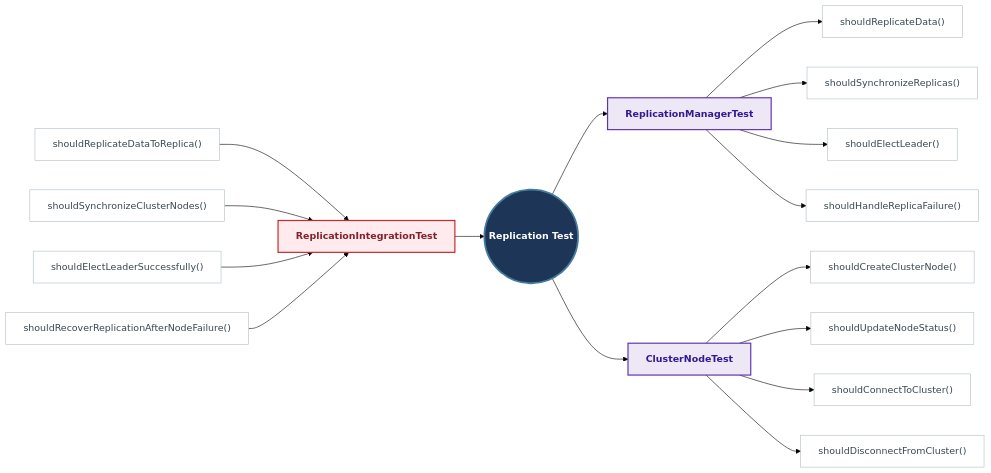
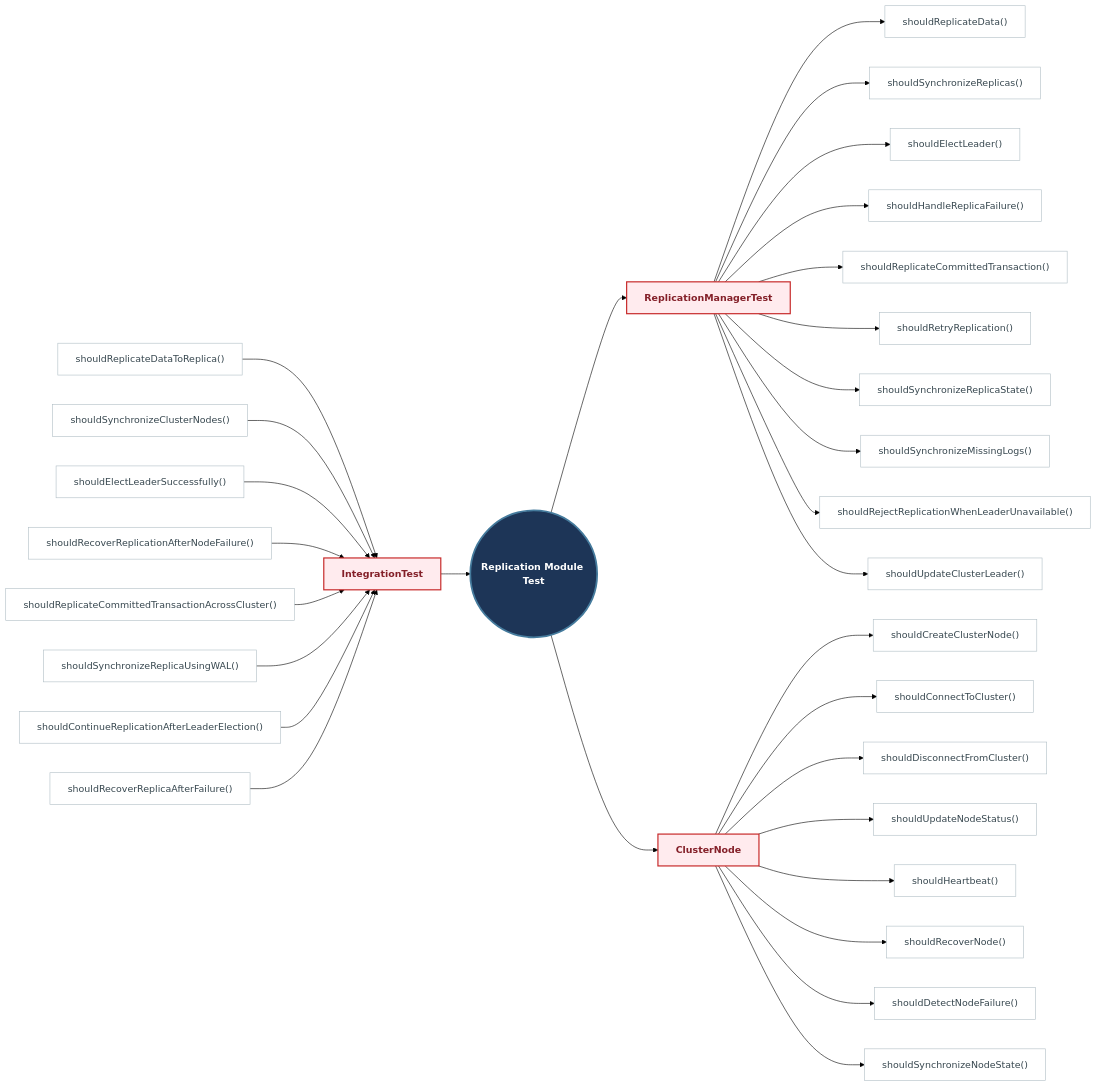
Diagram 20 of 20 in docs/README.md (Huy1801214/dbms-architecture), drawn with Mermaid (forest theme) before and after one commit. The commit also changed other lines of this file and 10 other files, not shown here.

Commit message:
add comprehensive sequence diagrams and documentation for system architecture and unit testing specifications

````diff
--- a/docs/README.md
+++ b/docs/README.md
@@ -1969,71 +2362,87 @@
     %% =====================================================
     %% Root
     %% =====================================================
-
-    ROOT((Replication Test)):::rootStyle
+    ROOT((Replication Module Test)):::rootStyle
 
     %% =====================================================
     %% Integration Tests
     %% =====================================================
-
-    REPINT["ReplicationIntegrationTest"]:::branchTx
+    INT_TEST["IntegrationTest"]:::branchTx
 
     it1["shouldReplicateDataToReplica()"]:::leafStyle
+    it1 --> INT_TEST
     it2["shouldSynchronizeClusterNodes()"]:::leafStyle
+    it2 --> INT_TEST
     it3["shouldElectLeaderSuccessfully()"]:::leafStyle
+    it3 --> INT_TEST
     it4["shouldRecoverReplicationAfterNodeFailure()"]:::leafStyle
-
-    it1 --> REPINT
-    it2 --> REPINT
-    it3 --> REPINT
-    it4 --> REPINT
-
-    REPINT --> ROOT
+    it4 --> INT_TEST
+    it5["shouldReplicateCommittedTransactionAcrossCluster()"]:::leafStyle
+    it5 --> INT_TEST
+    it6["shouldSynchronizeReplicaUsingWAL()"]:::leafStyle
+    it6 --> INT_TEST
+    it7["shouldContinueReplicationAfterLeaderElection()"]:::leafStyle
+    it7 --> INT_TEST
+    it8["shouldRecoverReplicaAfterFailure()"]:::leafStyle
+    it8 --> INT_TEST
+    INT_TEST --> ROOT
 
     %% =====================================================
     %% Unit Tests
     %% =====================================================
+    REPLICATIONMANAGERTEST["ReplicationManagerTest"]:::branchTx
+    ROOT --> REPLICATIONMANAGERTEST
+    CLUSTERNODE["ClusterNode"]:::branchTx
+    ROOT --> CLUSTERNODE
 
-    REPMANAGER["ReplicationManagerTest"]:::branchReplication
-    NODE["ClusterNodeTest"]:::branchReplication
+    %% ReplicationManagerTest methods
+    replicationmanagertest_1["shouldReplicateData()"]:::leafStyle
+    REPLICATIONMANAGERTEST --> replicationmanagertest_1
+    replicationmanagertest_2["shouldSynchronizeReplicas()"]:::leafStyle
+    REPLICATIONMANAGERTEST --> replicationmanagertest_2
+    replicationmanagertest_3["shouldElectLeader()"]:::leafStyle
+    REPLICATIONMANAGERTEST --> replicationmanagertest_3
+    replicationmanagertest_4["shouldHandleReplicaFailure()"]:::leafStyle
+    REPLICATIONMANAGERTEST --> replicationmanagertest_4
+    replicationmanagertest_5["shouldReplicateCommittedTransaction()"]:::leafStyle
+    REPLICATIONMANAGERTEST --> replicationmanagertest_5
+    replicationmanagertest_6["shouldRetryReplication()"]:::leafStyle
+    REPLICATIONMANAGERTEST --> replicationmanagertest_6
+    replicationmanagertest_7["shouldSynchronizeReplicaState()"]:::leafStyle
+    REPLICATIONMANAGERTEST --> replicationmanagertest_7
+    replicationmanagertest_8["shouldSynchronizeMissingLogs()"]:::leafStyle
+    REPLICATIONMANAGERTEST --> replicationmanagertest_8
+    replicationmanagertest_9["shouldRejectReplicationWhenLeaderUnavailable()"]:::leafStyle
+    REPLICATIONMANAGERTEST --> replicationmanagertest_9
+    replicationmanagertest_10["shouldUpdateClusterLeader()"]:::leafStyle
+    REPLICATIONMANAGERTEST --> replicationmanagertest_10
 
-    ROOT --> REPMANAGER
-    ROOT --> NODE
-
-    %% =====================================================
-    %% ReplicationManagerTest
-    %% =====================================================
-
-    rm1["shouldReplicateData()"]:::leafStyle
-    rm2["shouldSynchronizeReplicas()"]:::leafStyle
-    rm3["shouldElectLeader()"]:::leafStyle
-    rm4["shouldHandleReplicaFailure()"]:::leafStyle
-
-    REPMANAGER --> rm1
-    REPMANAGER --> rm2
-    REPMANAGER --> rm3
-    REPMANAGER --> rm4
-
-    %% =====================================================
-    %% ClusterNodeTest
-    %% =====================================================
-
-    cn1["shouldCreateClusterNode()"]:::leafStyle
-    cn2["shouldUpdateNodeStatus()"]:::leafStyle
-    cn3["shouldConnectToCluster()"]:::leafStyle
-    cn4["shouldDisconnectFromCluster()"]:::leafStyle
-
-    NODE --> cn1
-    NODE --> cn2
-    NODE --> cn3
-    NODE --> cn4
+    %% ClusterNode methods
+    clusternode_1["shouldCreateClusterNode()"]:::leafStyle
+    CLUSTERNODE --> clusternode_1
+    clusternode_2["shouldConnectToCluster()"]:::leafStyle
+    CLUSTERNODE --> clusternode_2
+    clusternode_3["shouldDisconnectFromCluster()"]:::leafStyle
+    CLUSTERNODE --> clusternode_3
+    clusternode_4["shouldUpdateNodeStatus()"]:::leafStyle
+    CLUSTERNODE --> clusternode_4
+    clusternode_5["shouldHeartbeat()"]:::leafStyle
+    CLUSTERNODE --> clusternode_5
+    clusternode_6["shouldRecoverNode()"]:::leafStyle
+    CLUSTERNODE --> clusternode_6
+    clusternode_7["shouldDetectNodeFailure()"]:::leafStyle
+    CLUSTERNODE --> clusternode_7
+    clusternode_8["shouldSynchronizeNodeState()"]:::leafStyle
+    CLUSTERNODE --> clusternode_8
 
     %% =====================================================
     %% Styling
     %% =====================================================
-
     classDef rootStyle fill:#1d3557,stroke:#457b9d,stroke-width:3px,color:#fff,font-weight:bold,font-size:16px;
-    classDef branchReplication fill:#ede7f6,stroke:#5e35b1,stroke-width:2px,color:#311b92,font-weight:bold;
+    classDef branchAdmin fill:#e1f5fe,stroke:#0288d1,stroke-width:2px,color:#01579b,font-weight:bold;
+    classDef branchCatalog fill:#e8f5e9,stroke:#388e3c,stroke-width:2px,color:#1b5e20,font-weight:bold;
+    classDef branchStorage fill:#e0f2f1,stroke:#00695c,stroke-width:2px,color:#004d40,font-weight:bold;
+    classDef branchQuery fill:#fff3e0,stroke:#f57c00,stroke-width:2px,color:#e65100,font-weight:bold;
     classDef branchTx fill:#ffebee,stroke:#c62828,stroke-width:2px,color:#842029,font-weight:bold;
     classDef leafStyle fill:#ffffff,stroke:#b0bec5,stroke-width:1px,color:#37474f;
 ```
````
